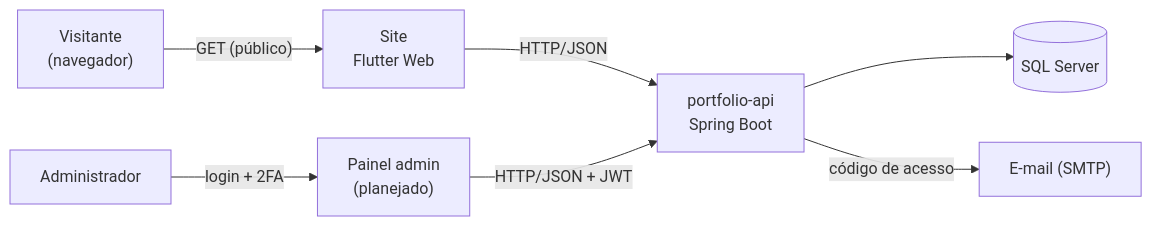
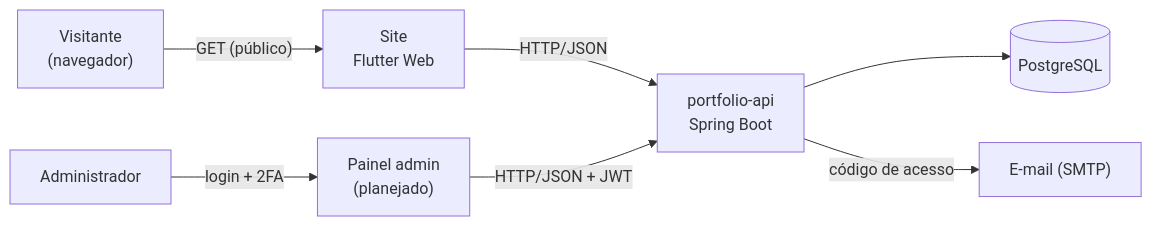
Before and after one commit to Gabriel-J-code/Portifolio: the diagram in README.md, drawn with Mermaid. The commit also changed other lines of this file and 18 other files, not shown here.

First line of the commit message:
refactor(db): troca SQL Server por PostgreSQL 17

````diff
--- a/README.md
+++ b/README.md
@@ -15,9 +15,9 @@
 ```mermaid
 flowchart LR
     V["Visitante<br/>(navegador)"] -->|"GET (público)"| F["Site<br/>Flutter Web"]
     A["Administrador"] -->|"login + 2FA"| P["Painel admin<br/>(planejado)"]
     F -->|"HTTP/JSON"| API["portfolio-api<br/>Spring Boot"]
     P -->|"HTTP/JSON + JWT"| API
-    API --> DB[("SQL Server")]
+    API --> DB[("PostgreSQL")]
     API -->|"código de acesso"| M["E-mail (SMTP)"]
 ```
````
